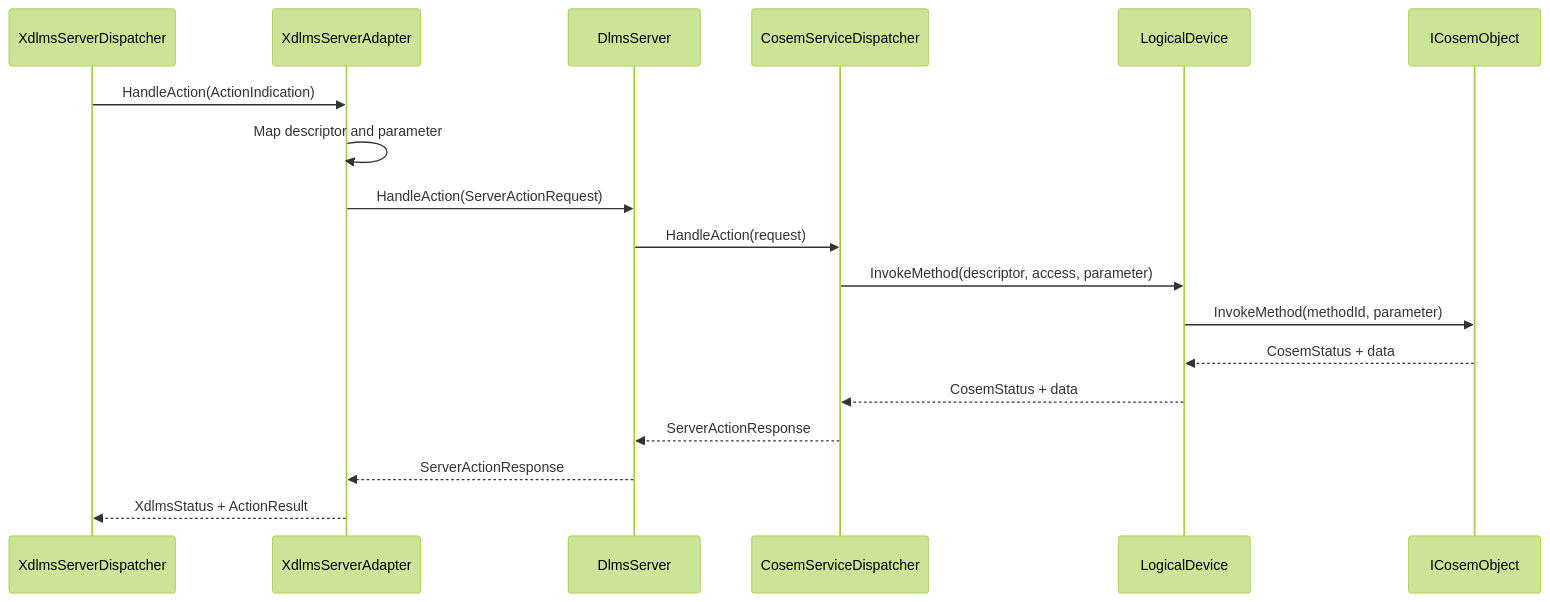
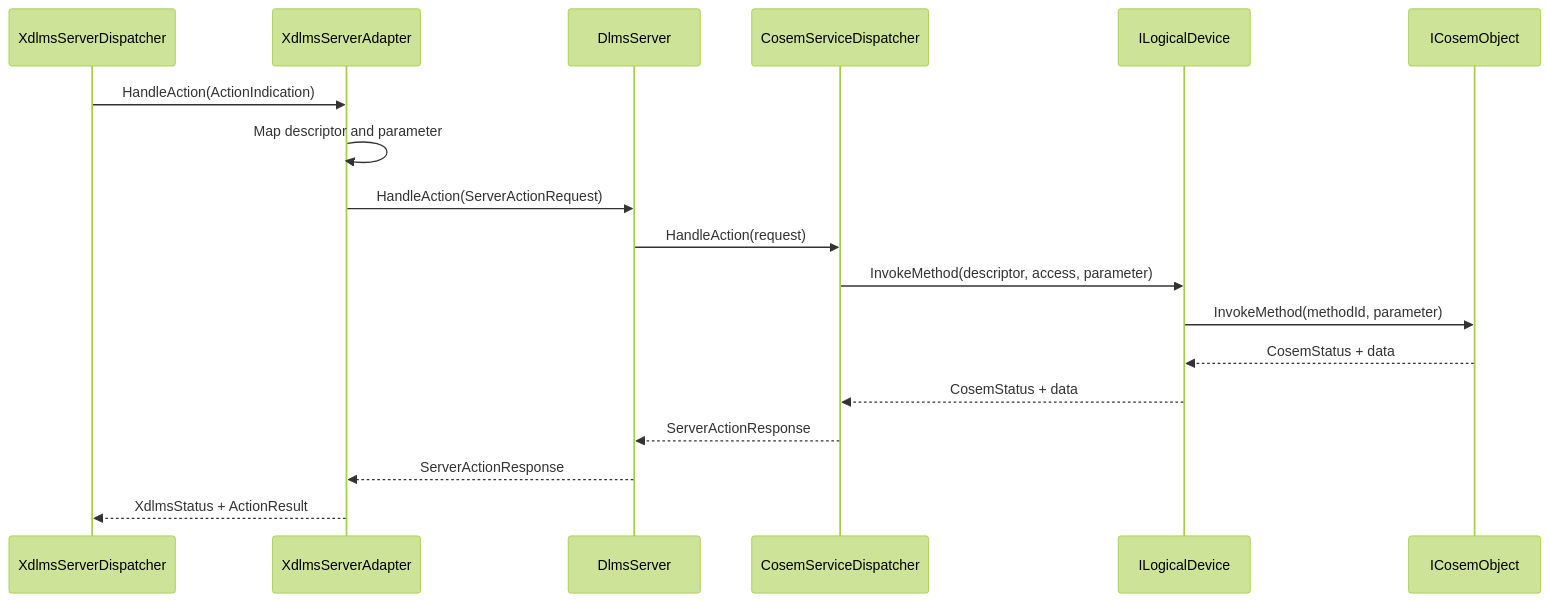
Before and after one commit to gvtret/dlms: the first of 2 diagrams in lib/dlms-server/docs/05_xdlms_action_adapter.md, drawn with Mermaid (forest theme). The commit also changed 15 other files, not shown here.

First line of the commit message:
refactor: add logical device dispatch port

````diff
--- a/lib/dlms-server/docs/05_xdlms_action_adapter.md
+++ b/lib/dlms-server/docs/05_xdlms_action_adapter.md
@@ -53,21 +53,21 @@
 ```mermaid
 sequenceDiagram
   participant XD as XdlmsServerDispatcher
   participant Adapter as XdlmsServerAdapter
   participant Facade as DlmsServer
   participant Dispatch as CosemServiceDispatcher
-  participant Device as LogicalDevice
+  participant Device as ILogicalDevice
   participant Object as ICosemObject
 
   XD->>Adapter: HandleAction(ActionIndication)
   Adapter->>Adapter: Map descriptor and parameter
   Adapter->>Facade: HandleAction(ServerActionRequest)
   Facade->>Dispatch: HandleAction(request)
   Dispatch->>Device: InvokeMethod(descriptor, access, parameter)
   Device->>Object: InvokeMethod(methodId, parameter)
   Object-->>Device: CosemStatus + data
   Device-->>Dispatch: CosemStatus + data
   Dispatch-->>Facade: ServerActionResponse
   Facade-->>Adapter: ServerActionResponse
   Adapter-->>XD: XdlmsStatus + ActionResult
 ```
````
